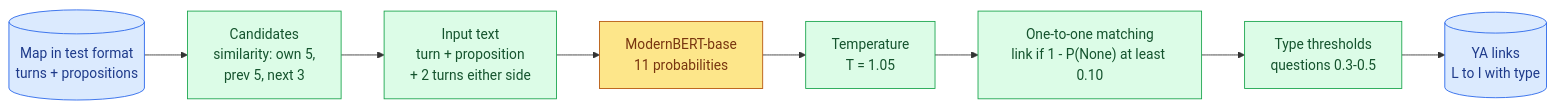
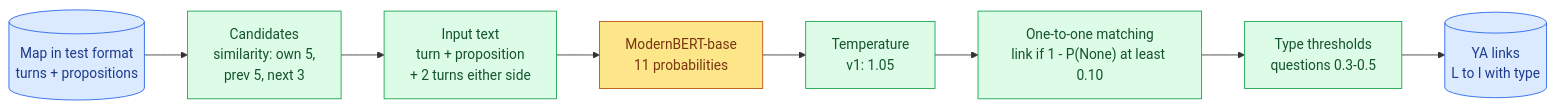
Before and after one commit to KuuNL/Argument-Mining: the second of 2 diagrams in reports/03-ilo-labeller.md, drawn with Mermaid. The commit also changed other lines of this file and 24 other files, not shown here.

````diff
--- a/reports/03-ilo-labeller.md
+++ b/reports/03-ilo-labeller.md
@@ -26,16 +55,16 @@
 ```mermaid
 flowchart LR
   M[("Map in test format<br/>turns + propositions")] --> C["Candidates<br/>similarity: own 5,<br/>prev 5, next 3"]
   C --> X["Input text<br/>turn + proposition<br/>+ 2 turns either side"]
   X --> B["ModernBERT-base<br/>11 probabilities"]
-  B --> T["Temperature<br/>T = 1.05"]
+  B --> T["Temperature<br/>v1: 1.05"]
   T --> H["One-to-one matching<br/>link if 1 - P(None) at least 0.10"]
   H --> Y["Type thresholds<br/>questions 0.3-0.5"]
   Y --> O[("YA links<br/>L to I with type")]
   classDef data fill:#dbeafe,stroke:#2563eb,color:#1e3a8a
   classDef step fill:#dcfce7,stroke:#16a34a,color:#14532d
   classDef model fill:#fde68a,stroke:#b45309,color:#78350f
   class M,O data
   class C,X,T,H,Y step
   class B model
 ```
````
